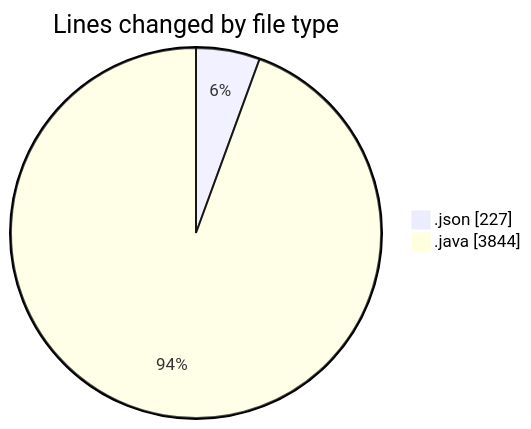
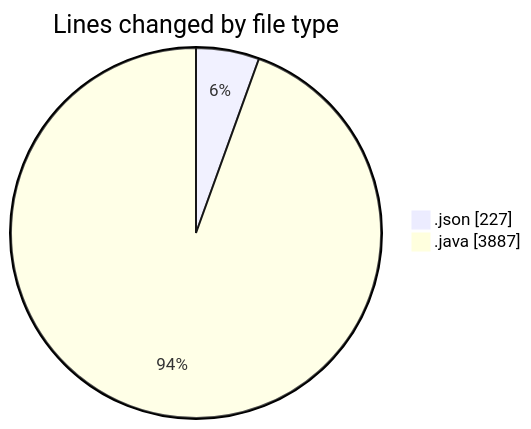
The first of 2 diagrams in 2026-05-04/cilapp/README.md (ricardozamudiocil/code-tracking), drawn with Mermaid before and after one commit. The commit also changed other lines of this file and 1 other file, not shown here.

````diff
--- a/2026-05-04/cilapp/README.md
+++ b/2026-05-04/cilapp/README.md
@@ -27,6 +28,6 @@
 ```mermaid
 pie showData
 title Lines changed by file type
 ".json" : 227
-".java" : 3844
+".java" : 3887
 ```
````
